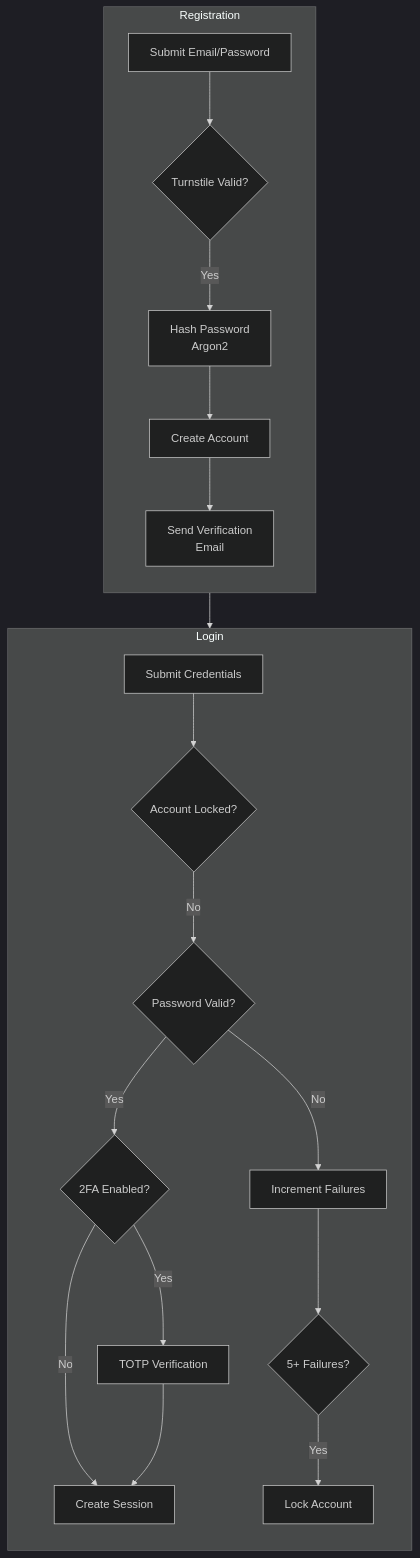
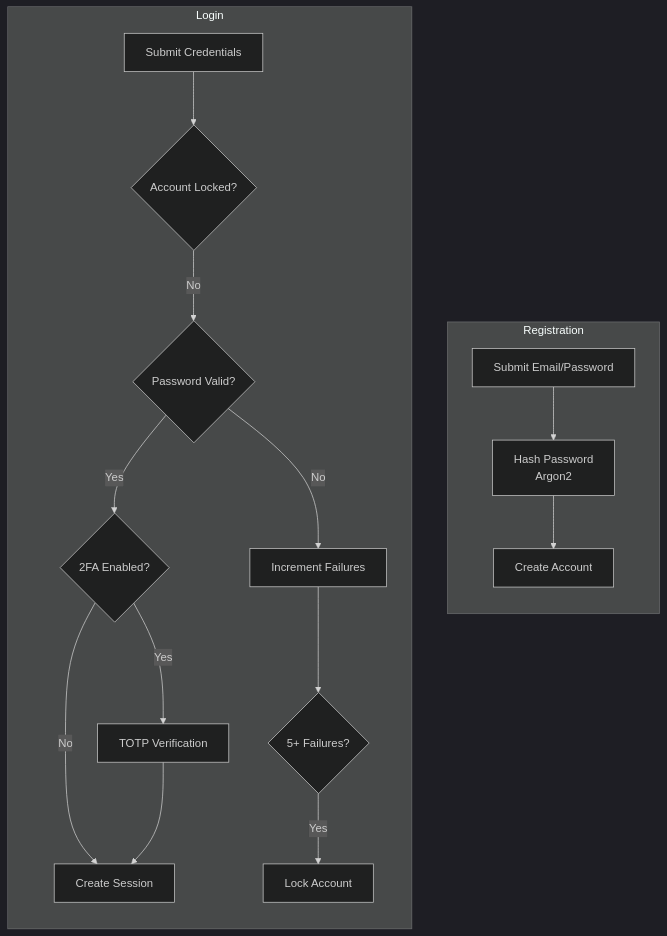
One commit to openTdataCH/stop_sync_osm_atlas changed the diagram in documentation/6. Authentication and permissions.md. Above: the diagram before and after it, drawn with Mermaid (dark theme). The commit also changed other lines of this file and 65 other files, not shown here.

````diff
--- a/documentation/6. Authentication and permissions.md
+++ b/documentation/6. Authentication and permissions.md
@@ -5,26 +5,24 @@
 ```mermaid
 flowchart TB
     subgraph Registration
         direction TB
-        R1[Submit Email/Password] --> R2{Turnstile Valid?}
-        R2 -->|Yes| R3[Hash Password<br/>Argon2]
+        R1[Submit Email/Password] --> R3[Hash Password<br/>Argon2]
         R3 --> R4[Create Account]
-        R4 --> R5[Send Verification<br/>Email]
     end
     
     subgraph Login
         direction TB
         L1[Submit Credentials] --> L2{Account Locked?}
         L2 -->|No| L3{Password Valid?}
         L3 -->|Yes| L4{2FA Enabled?}
         L4 -->|Yes| L5[TOTP Verification]
         L4 -->|No| L6[Create Session]
         L5 --> L6
         L3 -->|No| L7[Increment Failures]
         L7 --> L8{5+ Failures?}
         L8 -->|Yes| L9[Lock Account]
     end
 
-    R5 --> L1
+
     
 ```
````
